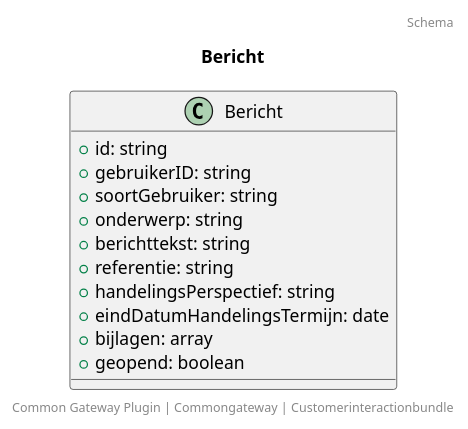
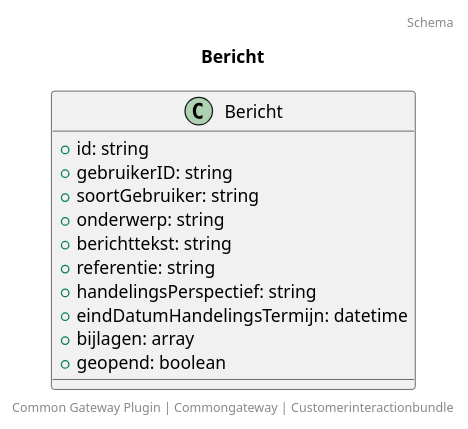
One commit to CommonGateway/CustomerInteractionBundle changed the diagram in docs/schema/klant.bericht.puml. Above: the diagram before and after it, drawn with PlantUML. The commit also changed 7 other files, not shown here.

```diff
--- a/docs/schema/klant.bericht.puml
+++ b/docs/schema/klant.bericht.puml
@@ -1,18 +1,18 @@
 @startuml
 title: Bericht
 footer: Common Gateway Plugin | Commongateway | Customerinteractionbundle 
 header: Schema
 
 class Bericht {
   + id: string
   + gebruikerID: string
   + soortGebruiker: string
   + onderwerp: string
   + berichttekst: string
   + referentie: string
   + handelingsPerspectief: string
-  + eindDatumHandelingsTermijn: date
+  + eindDatumHandelingsTermijn: datetime
   + bijlagen: array
   + geopend: boolean
 }
 @enduml
```
